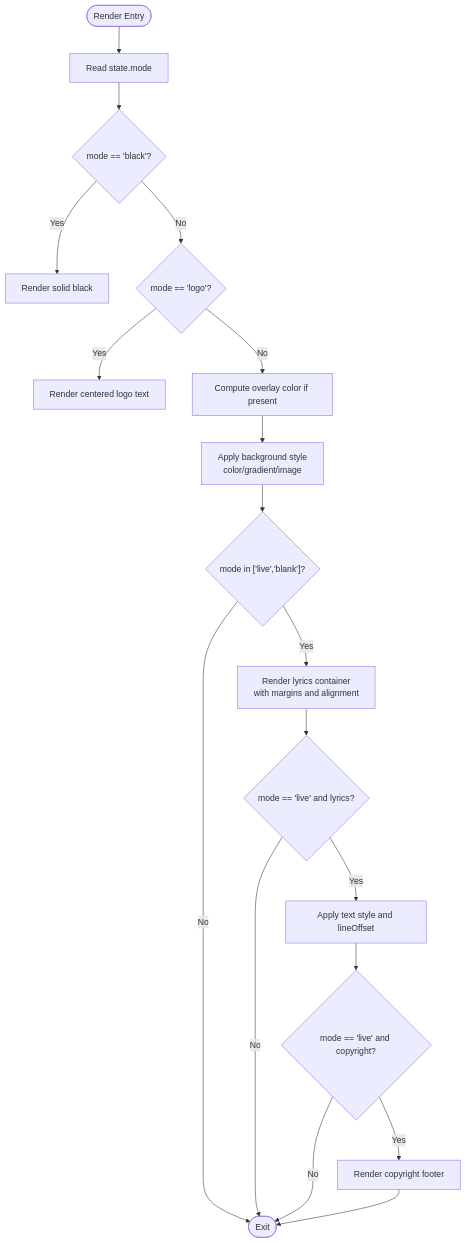
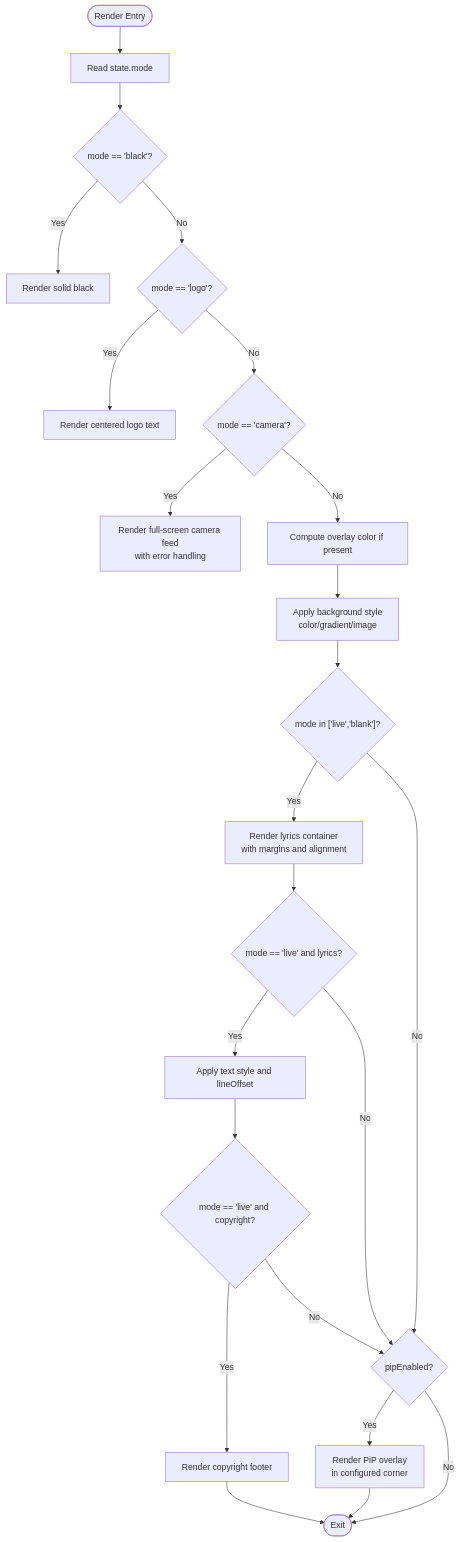
One commit to jimmywyk/lyricdeck changed the third of 8 diagrams in .qoder/repowiki/en/content/Core Features/Live Presentation Engine.md. Above: the diagram before and after it, drawn with Mermaid. The commit also changed other lines of this file and 5 other files, not shown here.

````diff
--- a/.qoder/repowiki/en/content/Core Features/Live Presentation Engine.md
+++ b/.qoder/repowiki/en/content/Core Features/Live Presentation Engine.md
@@ -172,20 +197,25 @@
 ```mermaid
 flowchart TD
 Start(["Render Entry"]) --> GetMode["Read state.mode"]
 GetMode --> ModeBlack{"mode == 'black'?"}
 ModeBlack --> |Yes| RenderBlack["Render solid black"]
 ModeBlack --> |No| ModeLogo{"mode == 'logo'?"}
 ModeLogo --> |Yes| RenderLogo["Render centered logo text"]
-ModeLogo --> |No| ComputeOverlay["Compute overlay color if present"]
+ModeLogo --> |No| ModeCamera{"mode == 'camera'?"}
+ModeCamera --> |Yes| RenderCamera["Render full-screen camera feed<br/>with error handling"]
+ModeCamera --> |No| ComputeOverlay["Compute overlay color if present"]
 ComputeOverlay --> RenderBG["Apply background style<br/>color/gradient/image"]
 RenderBG --> ModeLiveOrBlank{"mode in ['live','blank']?"}
 ModeLiveOrBlank --> |Yes| RenderContent["Render lyrics container<br/>with margins and alignment"]
-ModeLiveOrBlank --> |No| End(["Exit"])
+ModeLiveOrBlank --> |No| CheckPiP{"pipEnabled?"}
+CheckPiP --> |Yes| RenderPiP["Render PiP overlay<br/>in configured corner"]
+CheckPiP --> |No| End(["Exit"])
 RenderContent --> HasLyrics{"mode == 'live' and lyrics?"}
 HasLyrics --> |Yes| ApplyText["Apply text style and lineOffset"]
-HasLyrics --> |No| End
+HasLyrics --> |No| CheckPiP
 ApplyText --> RenderCopyright{"mode == 'live' and copyright?"}
 RenderCopyright --> |Yes| RenderFooter["Render copyright footer"]
-RenderCopyright --> |No| End
+RenderCopyright --> |No| CheckPiP
 RenderFooter --> End
+RenderPiP --> End
 ```
````
